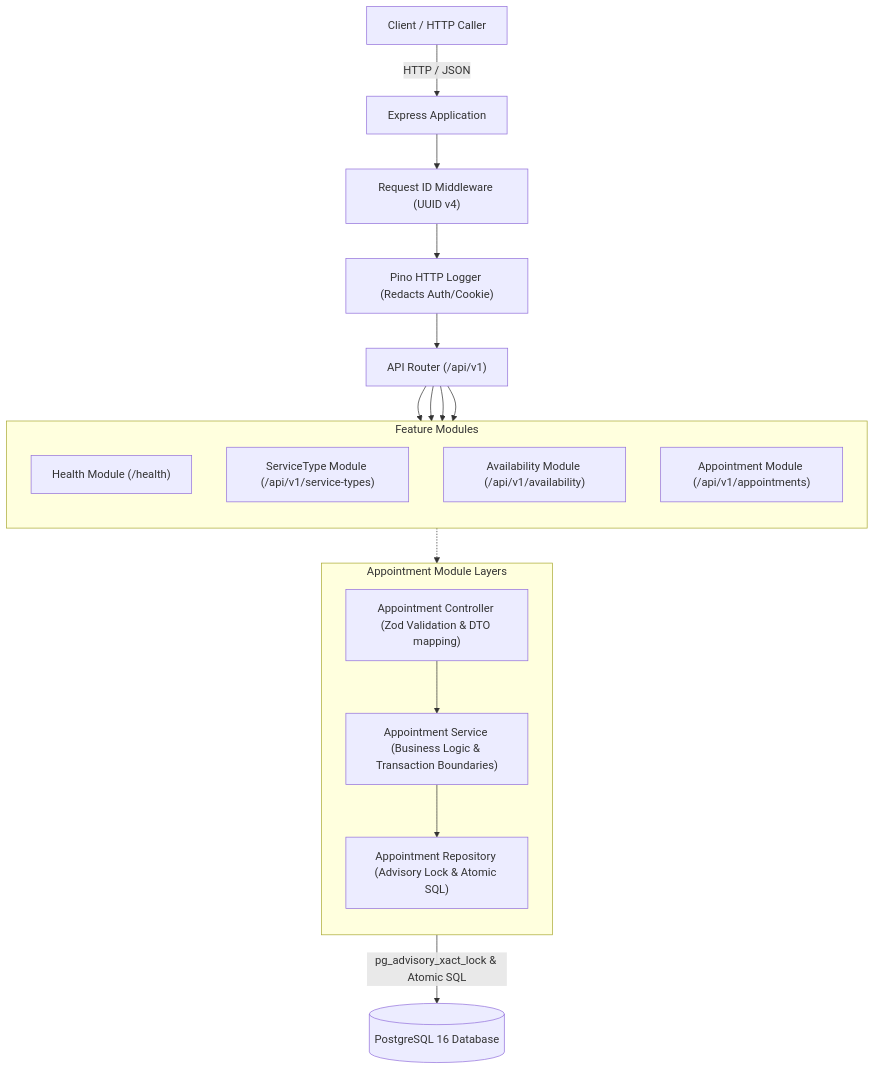
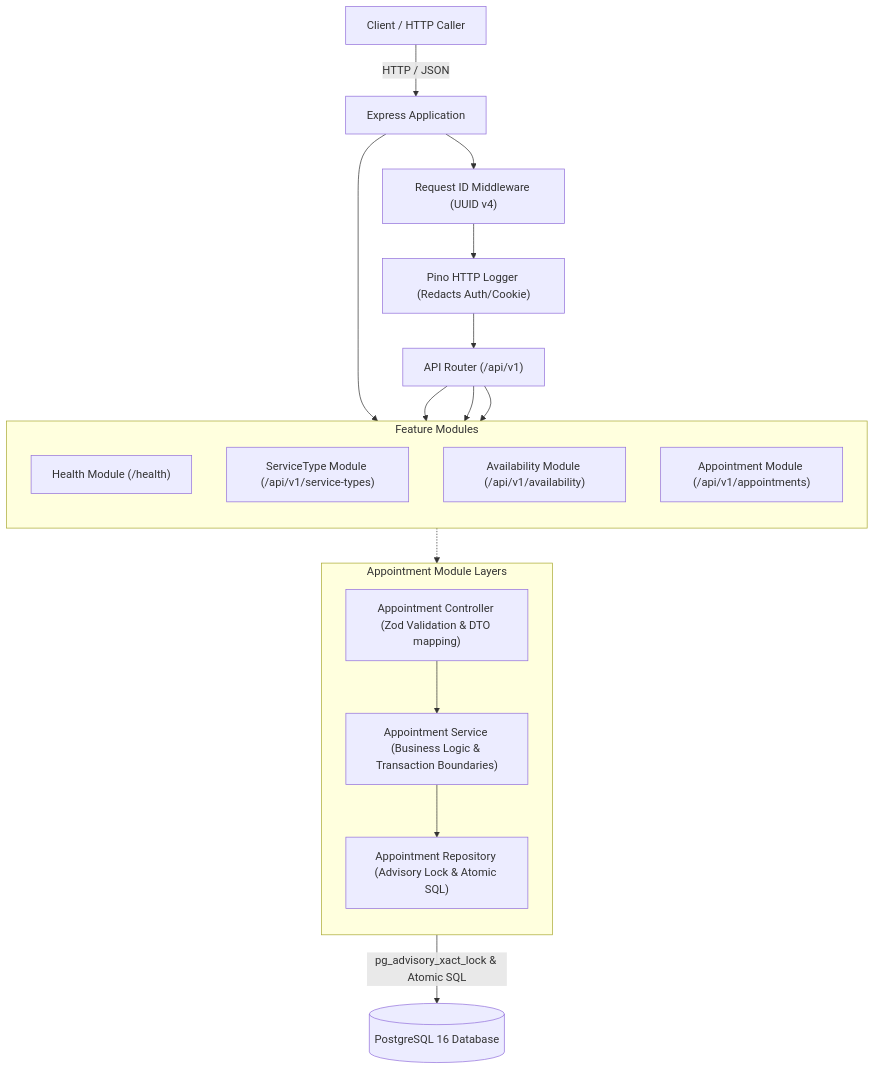
Before and after one commit to HoangDang1123/keyloop-technical-assessment: the first of 3 diagrams in docs/SYSTEM_DESIGN.md, drawn with Mermaid. The commit also changed other lines of this file and 3 other files, not shown here.

````diff
--- a/docs/SYSTEM_DESIGN.md
+++ b/docs/SYSTEM_DESIGN.md
@@ -18,31 +18,31 @@
 ```mermaid
 flowchart TD
     Client["Client / HTTP Caller"] -->|HTTP / JSON| ExpressApp["Express Application"]
     ExpressApp --> ReqIdMiddleware["Request ID Middleware (UUID v4)"]
     ReqIdMiddleware --> LoggerMiddleware["Pino HTTP Logger (Redacts Auth/Cookie)"]
     LoggerMiddleware --> Router["API Router (/api/v1)"]
     
     subgraph Modules ["Feature Modules"]
         direction TB
         Health["Health Module (/health)"]
         ServiceTypeMod["ServiceType Module (/api/v1/service-types)"]
         AvailabilityMod["Availability Module (/api/v1/availability)"]
         AppointmentMod["Appointment Module (/api/v1/appointments)"]
     end
 
-    Router --> Health
+    ExpressApp --> Health
     Router --> ServiceTypeMod
     Router --> AvailabilityMod
     Router --> AppointmentMod
 
     subgraph Layers ["Appointment Module Layers"]
         direction TB
         AppController["Appointment Controller (Zod Validation & DTO mapping)"]
         AppService["Appointment Service (Business Logic & Transaction Boundaries)"]
         AppRepo["Appointment Repository (Advisory Lock & Atomic SQL)"]
         AppController --> AppService --> AppRepo
     end
 
     AppointmentMod -.-> Layers
     AppRepo -->|pg_advisory_xact_lock & Atomic SQL| Postgres[("PostgreSQL 16 Database")]
 ```
````
